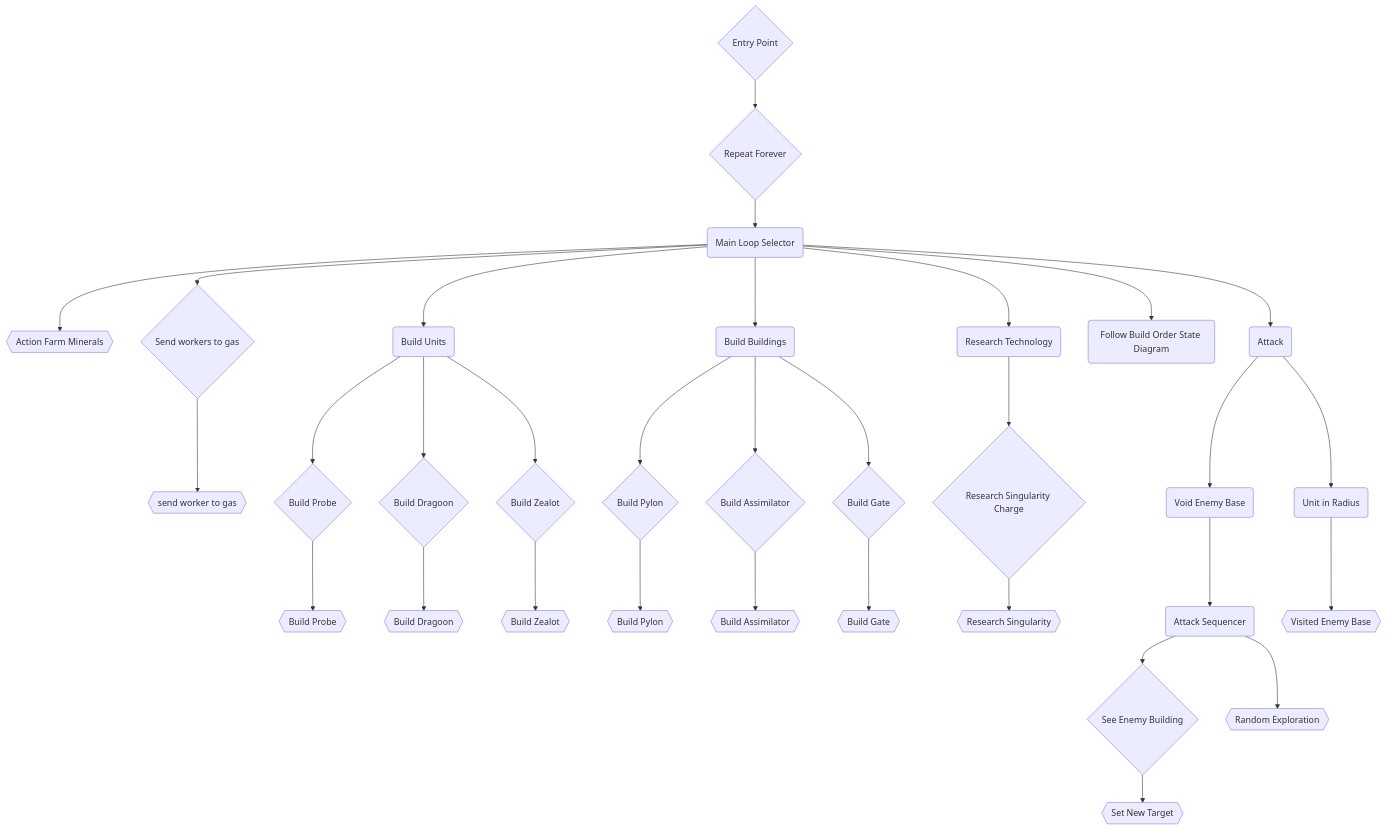
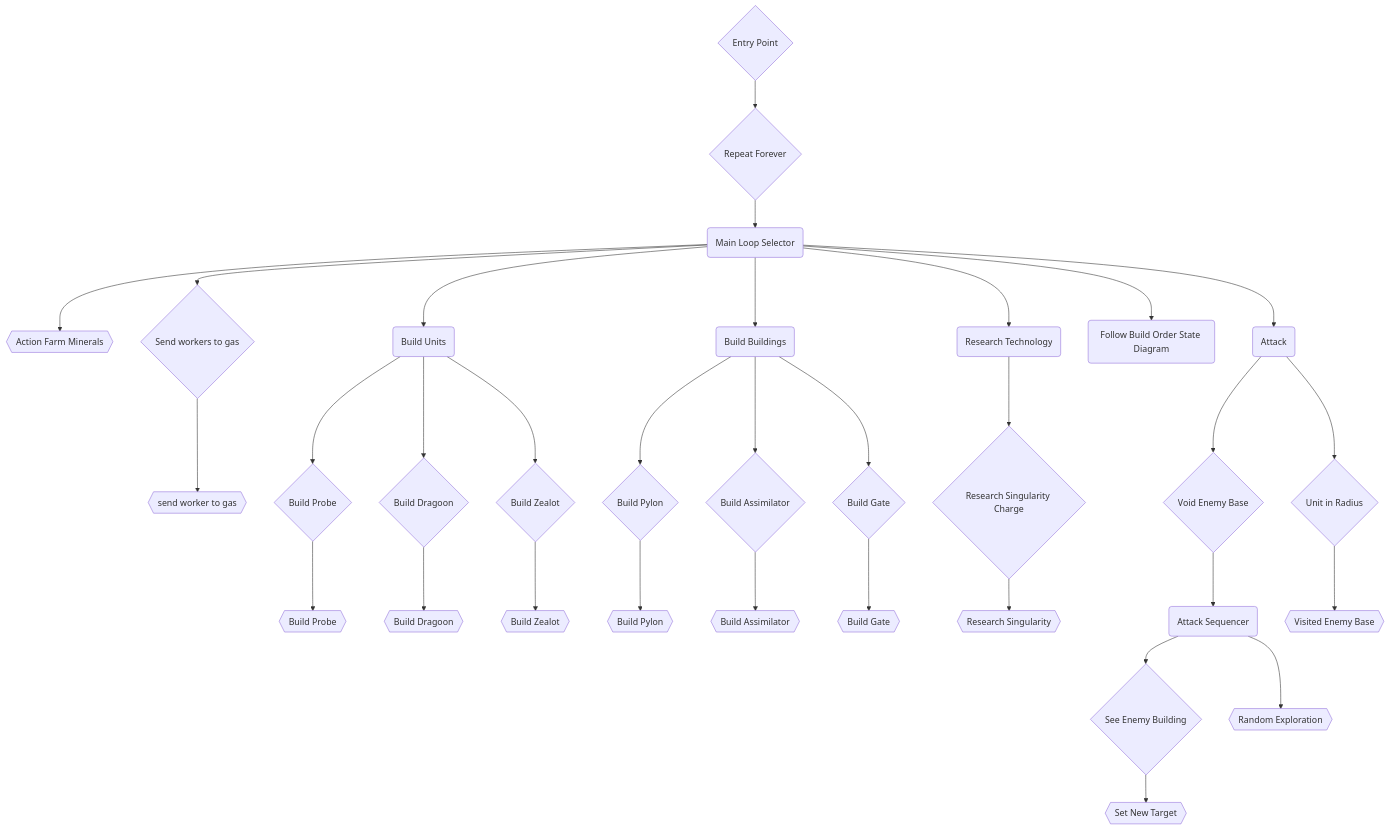
Before and after one commit to Bicyclette/StarCraft_AI: the diagram in README.md, drawn with Mermaid.

Commit message:
BT with correct shapes

````diff
--- a/README.md
+++ b/README.md
@@ -49,58 +49,58 @@
 ```mermaid
 flowchart TD
 
 A{Entry Point} --> BB{Repeat Forever}
 BB --> MainSelector(Main Loop Selector)
 MainSelector --> WorkersActionMinerals{{Action Farm Minerals}}
 MainSelector --> WorkersDecoratorGas{Send workers to gas}
 WorkersDecoratorGas --> WorkersActionGas{{send worker to gas}}
 
 
 
 MainSelector --> UnitSelector(Build Units)
 
 UnitSelector --> ProbeDecoratorBuild{Build Probe}
 ProbeDecoratorBuild --> ProbeActionBuild{{Build Probe}}
 
 UnitSelector --> DragoonDecoratorBuild{Build Dragoon}
 DragoonDecoratorBuild --> DragoonActionBuild{{Build Dragoon}}
 
 UnitSelector --> ZealotDecoratorBuild{Build Zealot}
 ZealotDecoratorBuild --> ZealotActionBuild{{Build Zealot}}
 
 
 
 MainSelector --> BuildingSelector(Build Buildings)
 
 BuildingSelector --> PylonDecoratorBuild{Build Pylon}
 PylonDecoratorBuild --> PylonActionBuild{{Build Pylon}}
 
 BuildingSelector --> AssimilatorDecoratorBuild{Build Assimilator}
 AssimilatorDecoratorBuild --> AssimilatorActionBuild{{Build Assimilator}}
 
 BuildingSelector --> GateDecoratorBuild{Build Gate}
 GateDecoratorBuild --> GateActionBuild{{Build Gate}}
 
 
 MainSelector --> ResearchSelector(Research Technology)
 
 ResearchSelector --> ResearchDecoratorSingularity{Research Singularity Charge}
 ResearchDecoratorSingularity --> ResearchActionSingularity{{Research Singularity}}
 
 
 MainSelector --> BuildOrderSelector(Follow Build Order State Diagram)
 
 
 MainSelector --> AttackSelector(Attack)
 
-AttackSelector --> AttackDecoratorVoidBase(Void Enemy Base)
+AttackSelector --> AttackDecoratorVoidBase{Void Enemy Base}
 AttackDecoratorVoidBase --> AttackSeq(Attack Sequencer)
 AttackSeq --> SightDecorator{See Enemy Building}
 SightDecorator --> AttackNewTarget{{Set New Target}}
 
 AttackSeq --> RandomExploration{{Random Exploration}}
 
-AttackSelector --> AttackDecoratorRadius(Unit in Radius)
+AttackSelector --> AttackDecoratorRadius{Unit in Radius}
 AttackDecoratorRadius --> VisitDecorator{{Visited Enemy Base}}
 
 ```
````
